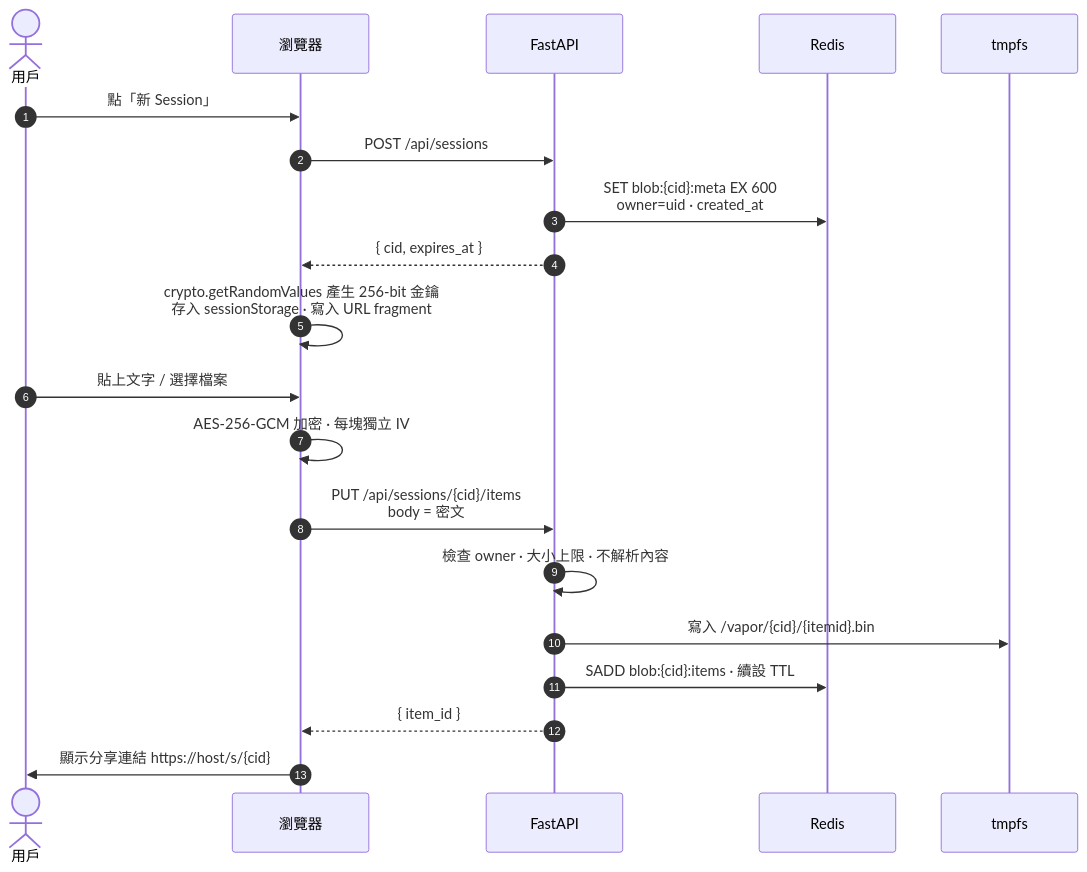
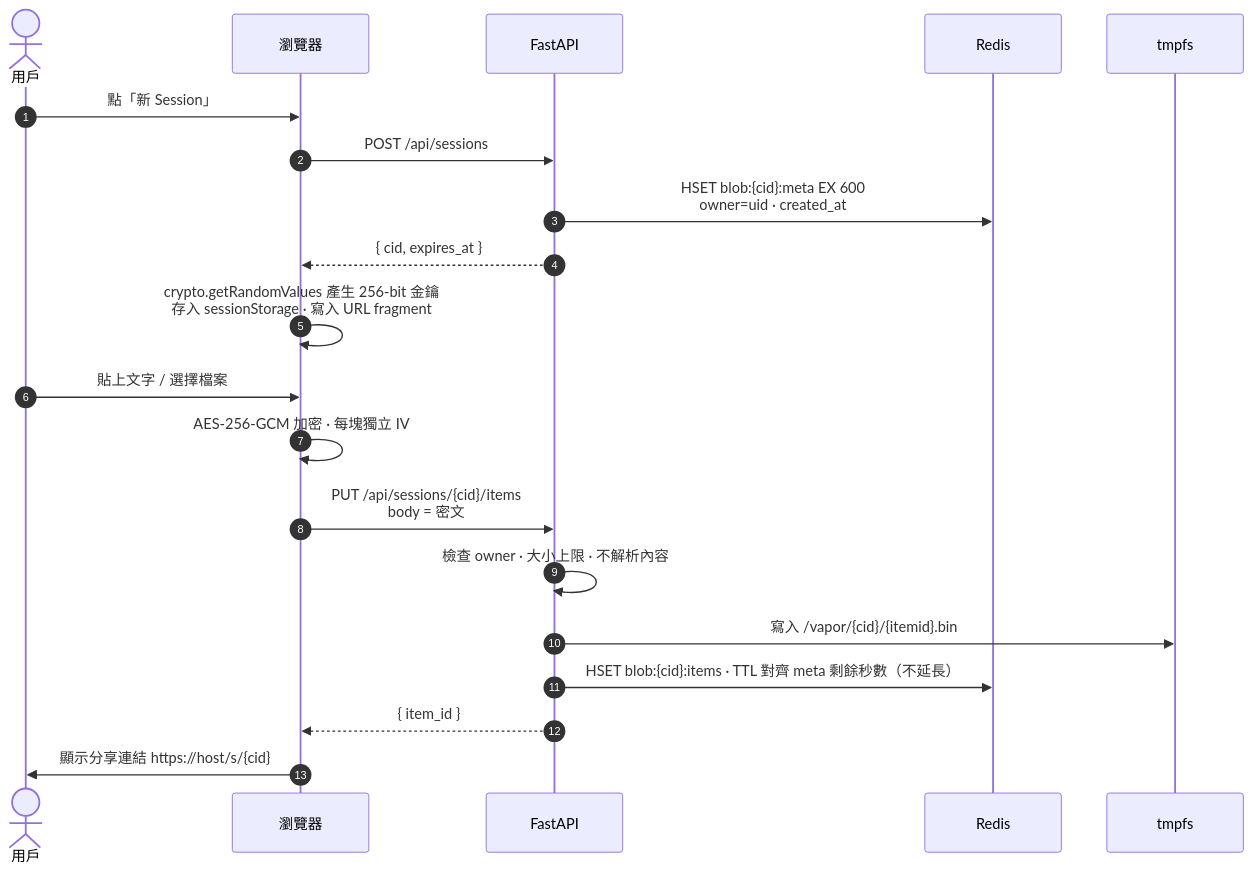
The fifth of 11 diagrams in README.md (tonylnng/VaporDrop), drawn with Mermaid before and after one commit. The commit also changed other lines of this file and 32 other files, not shown here.

````diff
--- a/README.md
+++ b/README.md
@@ -159,23 +161,23 @@
 ```mermaid
 sequenceDiagram
     autonumber
     actor U as 用戶
     participant B as 瀏覽器
     participant A as FastAPI
     participant R as Redis
     participant T as tmpfs
 
     U->>B: 點「新 Session」
     B->>A: POST /api/sessions
-    A->>R: SET blob:{cid}:meta EX 600<br/>owner=uid · created_at
+    A->>R: HSET blob:{cid}:meta EX 600<br/>owner=uid · created_at
     A-->>B: { cid, expires_at }
     B->>B: crypto.getRandomValues 產生 256-bit 金鑰<br/>存入 sessionStorage · 寫入 URL fragment
     U->>B: 貼上文字 / 選擇檔案
     B->>B: AES-256-GCM 加密 · 每塊獨立 IV
     B->>A: PUT /api/sessions/{cid}/items<br/>body = 密文
     A->>A: 檢查 owner · 大小上限 · 不解析內容
     A->>T: 寫入 /vapor/{cid}/{itemid}.bin
-    A->>R: SADD blob:{cid}:items · 續設 TTL
+    A->>R: HSET blob:{cid}:items · TTL 對齊 meta 剩餘秒數（不延長）
     A-->>B: { item_id }
     B->>U: 顯示分享連結 https://host/s/{cid}#k=BASE64URL<br/>+ 一次性 token · 倒數 10:00
 ```
````
